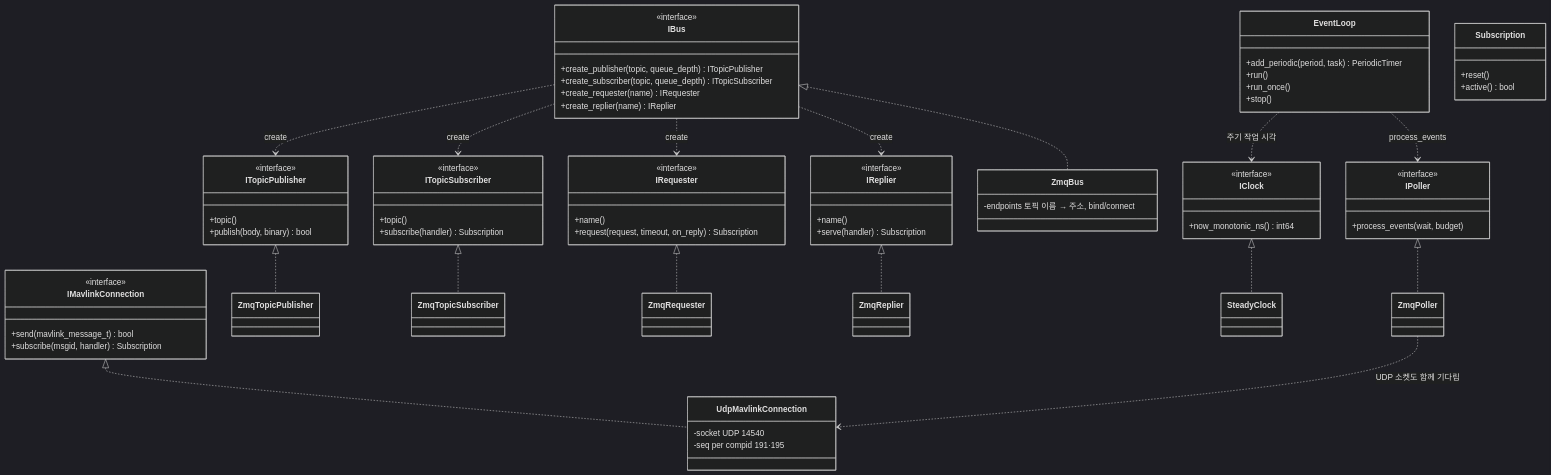
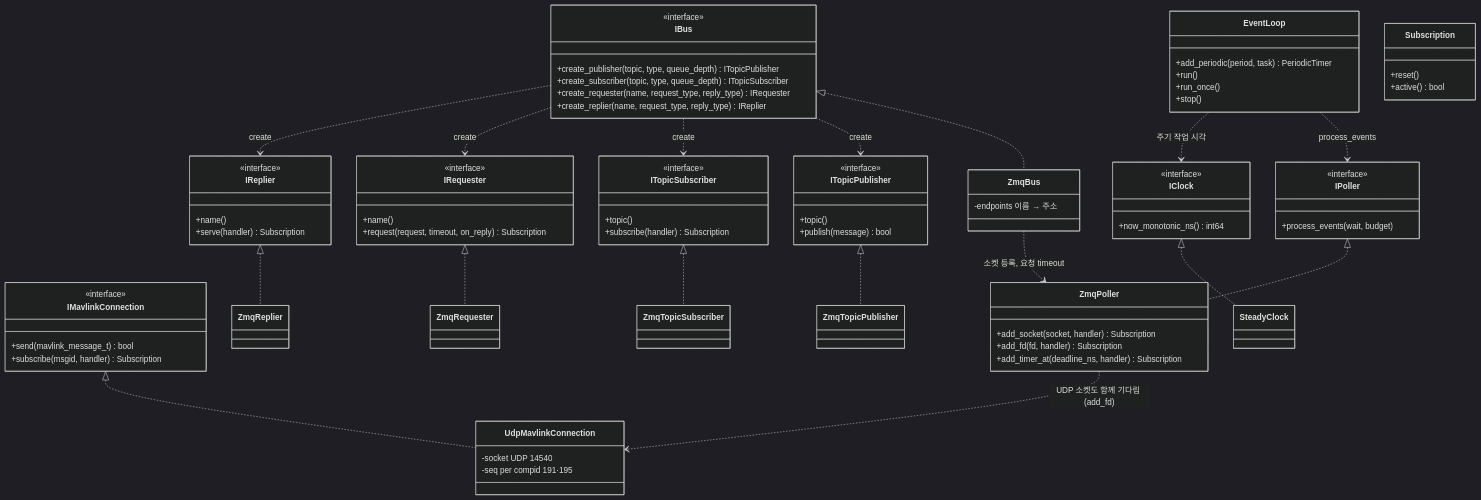
One commit to lig-argus/argus-edge-vision changed the first of 3 diagrams in docs/design/uml/class_onboard.md. Above: the diagram before and after it, drawn with Mermaid (dark theme). The commit also changed other lines of this file and 28 other files, not shown here.

````diff
--- a/docs/design/uml/class_onboard.md
+++ b/docs/design/uml/class_onboard.md
@@ -22,15 +22,15 @@
     }
     class IBus {
         <<interface>>
-        +create_publisher(topic, queue_depth) ITopicPublisher
-        +create_subscriber(topic, queue_depth) ITopicSubscriber
-        +create_requester(name) IRequester
-        +create_replier(name) IReplier
+        +create_publisher(topic, type, queue_depth) ITopicPublisher
+        +create_subscriber(topic, type, queue_depth) ITopicSubscriber
+        +create_requester(name, request_type, reply_type) IRequester
+        +create_replier(name, request_type, reply_type) IReplier
     }
     class ITopicPublisher {
         <<interface>>
         +topic()
-        +publish(body, binary) bool
+        +publish(message) bool
     }
     class ITopicSubscriber {
         <<interface>>
@@ -48,7 +48,7 @@
         +serve(handler) Subscription
     }
     class ZmqBus {
-        -endpoints 토픽 이름 → 주소, bind/connect
+        -endpoints 이름 → 주소
     }
     class ZmqTopicPublisher
     class ZmqTopicSubscriber
@@ -63,7 +63,11 @@
         <<interface>>
         +process_events(wait, budget)
     }
-    class ZmqPoller
+    class ZmqPoller {
+        +add_socket(socket, handler) Subscription
+        +add_fd(fd, handler) Subscription
+        +add_timer_at(deadline_ns, handler) Subscription
+    }
     class EventLoop {
         +add_periodic(period, task) PeriodicTimer
         +run()
@@ -89,5 +93,6 @@
     IPoller <|.. ZmqPoller
     EventLoop ..> IPoller : process_events
     EventLoop ..> IClock : 주기 작업 시각
-    ZmqPoller ..> UdpMavlinkConnection : UDP 소켓도 함께 기다림
+    ZmqPoller ..> UdpMavlinkConnection : UDP 소켓도 함께 기다림 (add_fd)
+    ZmqBus ..> ZmqPoller : 소켓 등록, 요청 timeout
 ```
````
